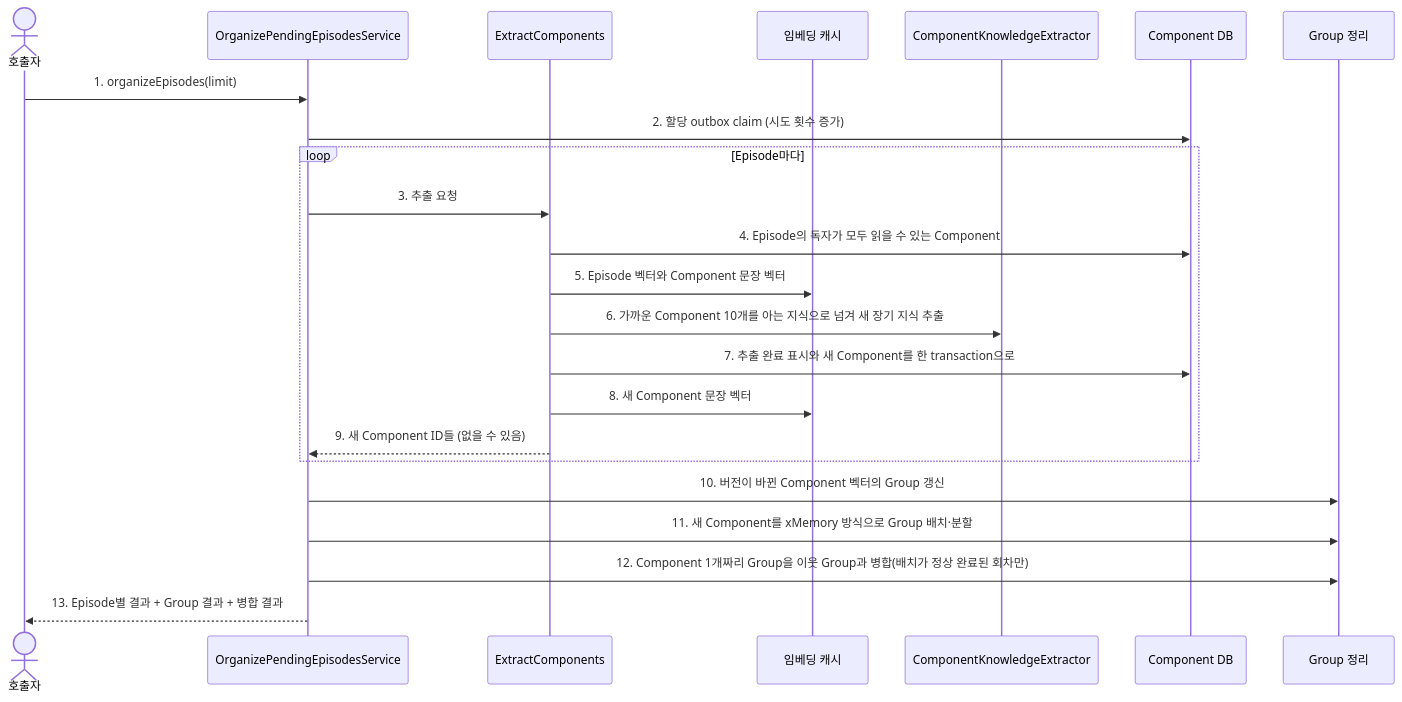
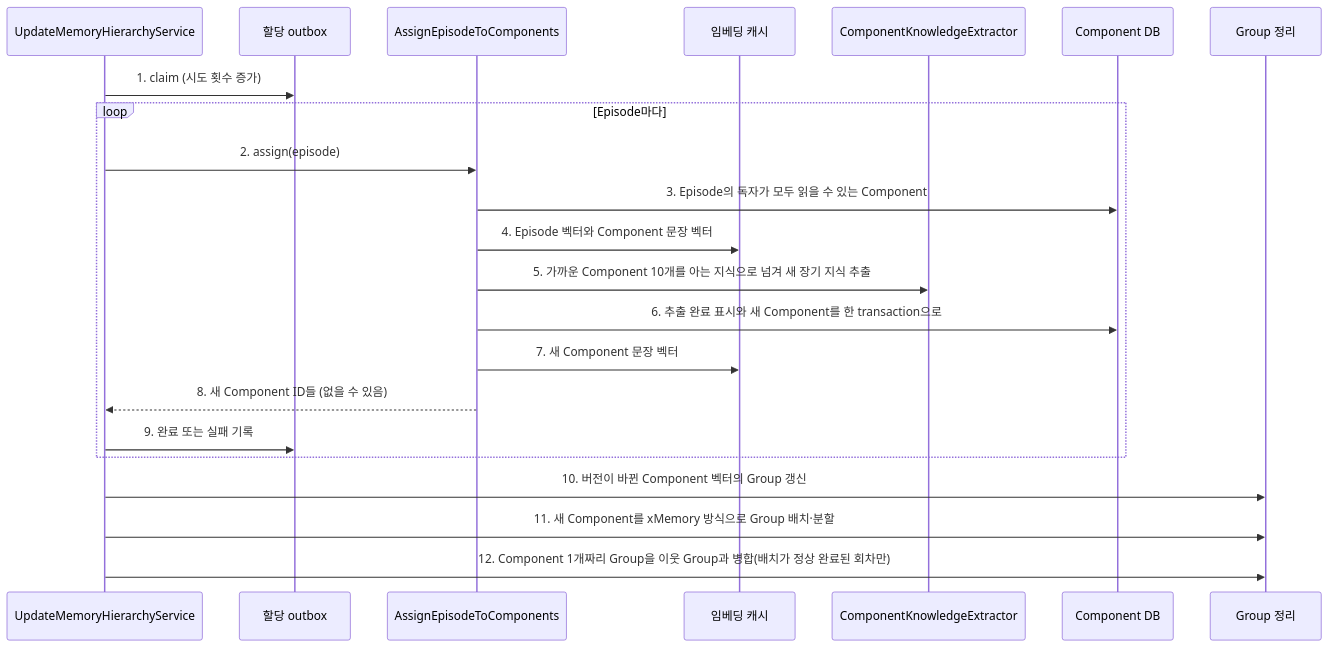
Before and after one commit to magenta1223/home_assistant: the first of 2 diagrams in application/src/main/kotlin/com/homeassistant/application/usecase/memoryextraction/component/README.md, drawn with Mermaid. The commit also changed other lines of this file and 22 other files, not shown here.

Commit message:
refactor: Update memory hierarchy through one use case

````diff
--- a/application/src/main/kotlin/com/homeassistant/application/usecase/memoryextraction/component/README.md
+++ b/application/src/main/kotlin/com/homeassistant/application/usecase/memoryextraction/component/README.md
@@ -14,25 +14,24 @@
 ```mermaid
 sequenceDiagram
-    actor Caller as 호출자
-    participant Batch as OrganizePendingEpisodesService
-    participant Extract as ExtractComponents
+    participant Update as UpdateMemoryHierarchyService
+    participant Outbox as 할당 outbox
+    participant Extract as AssignEpisodeToComponents
     participant Embed as 임베딩 캐시
     participant Model as ComponentKnowledgeExtractor
     participant Store as Component DB
     participant Groups as Group 정리
-    Caller->>Batch: 1. organizeEpisodes(limit)
-    Batch->>Store: 2. 할당 outbox claim (시도 횟수 증가)
+    Update->>Outbox: 1. claim (시도 횟수 증가)
     loop Episode마다
-        Batch->>Extract: 3. 추출 요청
-        Extract->>Store: 4. Episode의 독자가 모두 읽을 수 있는 Component
-        Extract->>Embed: 5. Episode 벡터와 Component 문장 벡터
-        Extract->>Model: 6. 가까운 Component 10개를 아는 지식으로 넘겨 새 장기 지식 추출
-        Extract->>Store: 7. 추출 완료 표시와 새 Component를 한 transaction으로
-        Extract->>Embed: 8. 새 Component 문장 벡터
-        Extract-->>Batch: 9. 새 Component ID들 (없을 수 있음)
+        Update->>Extract: 2. assign(episode)
+        Extract->>Store: 3. Episode의 독자가 모두 읽을 수 있는 Component
+        Extract->>Embed: 4. Episode 벡터와 Component 문장 벡터
+        Extract->>Model: 5. 가까운 Component 10개를 아는 지식으로 넘겨 새 장기 지식 추출
+        Extract->>Store: 6. 추출 완료 표시와 새 Component를 한 transaction으로
+        Extract->>Embed: 7. 새 Component 문장 벡터
+        Extract-->>Update: 8. 새 Component ID들 (없을 수 있음)
+        Update->>Outbox: 9. 완료 또는 실패 기록
     end
-    Batch->>Groups: 10. 버전이 바뀐 Component 벡터의 Group 갱신
-    Batch->>Groups: 11. 새 Component를 xMemory 방식으로 Group 배치·분할
-    Batch->>Groups: 12. Component 1개짜리 Group을 이웃 Group과 병합(배치가 정상 완료된 회차만)
-    Batch-->>Caller: 13. Episode별 결과 + Group 결과 + 병합 결과
+    Update->>Groups: 10. 버전이 바뀐 Component 벡터의 Group 갱신
+    Update->>Groups: 11. 새 Component를 xMemory 방식으로 Group 배치·분할
+    Update->>Groups: 12. Component 1개짜리 Group을 이웃 Group과 병합(배치가 정상 완료된 회차만)
 ```
````
